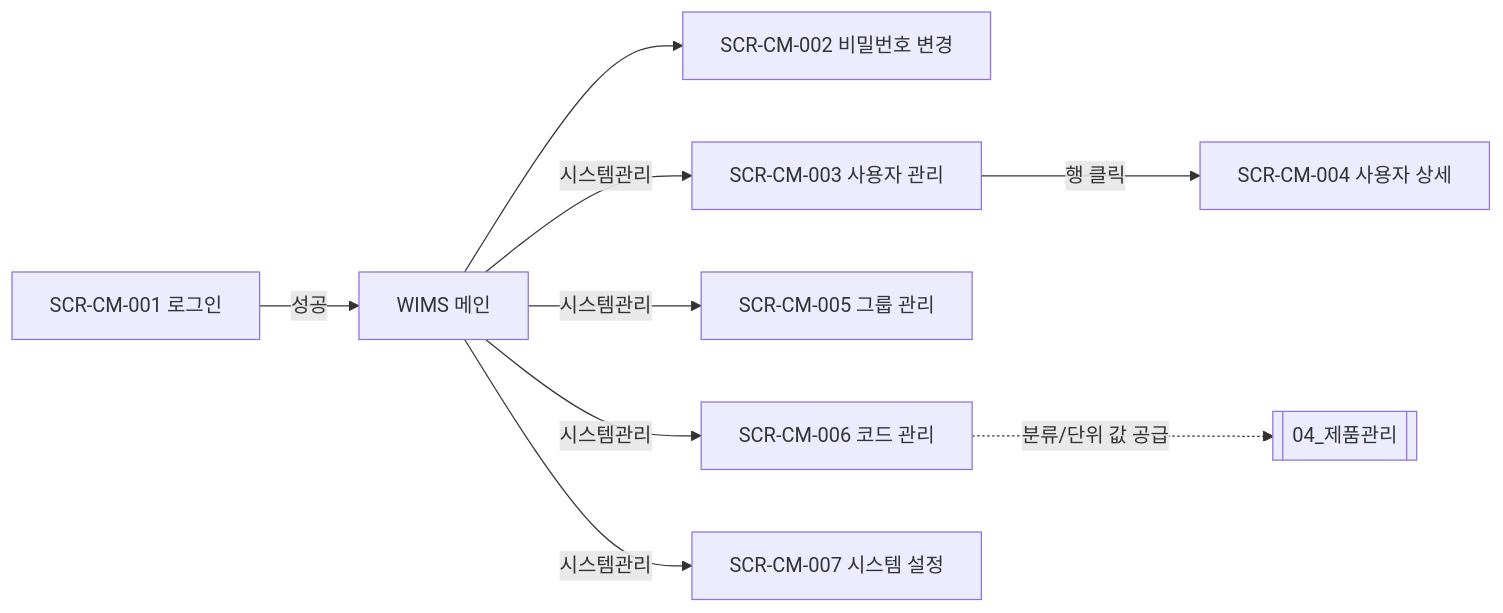
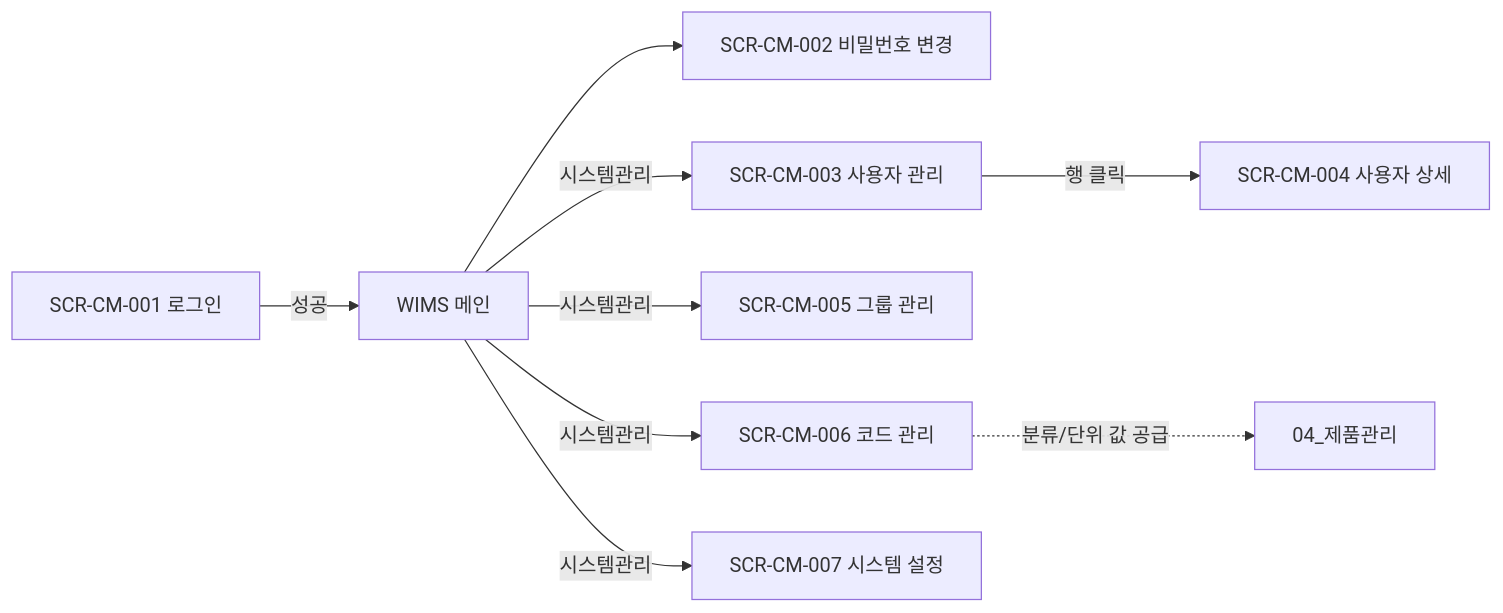
One commit to team-codecraft/wims2.0 changed the diagram in docs/3_DE(설계)/DE22-1_화면설계서/sections/07_공통CM.md. Above: the diagram before and after it, drawn with Mermaid. The commit also changed 10 other files, not shown here.

First line of the commit message:
chore: 잡동사니 변경 모음 — Mermaid 문법 수정, editor/package 설정, poc-mermaid 추가

````diff
--- a/docs/3_DE(설계)/DE22-1_화면설계서/sections/07_공통CM.md
+++ b/docs/3_DE(설계)/DE22-1_화면설계서/sections/07_공통CM.md
@@ -35,11 +35,11 @@
 ```mermaid
 flowchart LR
   LG[SCR-CM-001 로그인] -->|성공| APP[WIMS 메인]
   APP --> PW[SCR-CM-002 비밀번호 변경]
   APP -->|시스템관리| UM[SCR-CM-003 사용자 관리]
   UM -->|행 클릭| UD[SCR-CM-004 사용자 상세]
   APP -->|시스템관리| GM[SCR-CM-005 그룹 관리]
   APP -->|시스템관리| CD[SCR-CM-006 코드 관리]
   APP -->|시스템관리| ST[SCR-CM-007 시스템 설정]
-  CD -.분류/단위 값 공급.-> PM[[04_제품관리]]
+  CD -.분류/단위 값 공급.-> PM[04_제품관리]
 ```
````
